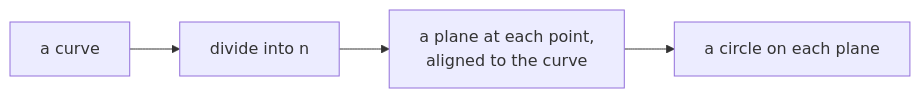
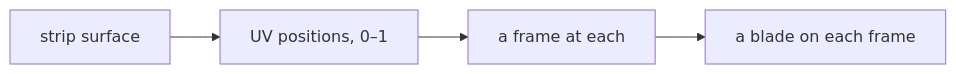
Before and after one commit to rccn-teaching/cdf: the first of 4 diagrams in Lecture/Week_09/goals.md, drawn with Mermaid. The commit also changed other lines of this file and 23 other files, not shown here.

Commit message:
Refactor lecture materials for Weeks 13-15: update README and goals to enhance clarity and structure; adjust session objectives and commands; improve flowcharts and voting processes for better engagement and understanding.

````diff
--- a/Lecture/Week_09/goals.md
+++ b/Lecture/Week_09/goals.md
@@ -17,6 +17,8 @@
 ```mermaid
 flowchart LR
-    C["a curve"] --> D["divide into n"]
-    D --> P["a plane at each point,<br/>aligned to the curve"]
-    P --> O["a circle on each plane"]
+    S0["strip surface"]
+    U1["UV positions, 0–1"]
+    F2["a frame at each"]
+    B3["a blade on each frame"]
+    S0 --> U1 --> F2 --> B3
 ```
````
